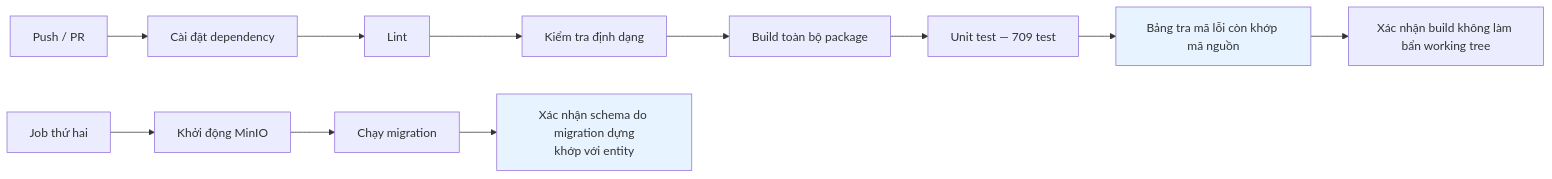
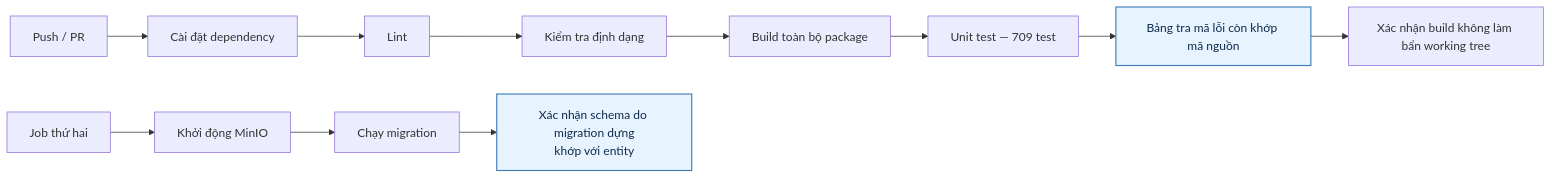
The first of 4 diagrams in docs/diagram/29-cicd.md (fdshn/trueheart), drawn with Mermaid before and after one commit. The commit also changed other lines of this file and 30 other files, not shown here.

First line of the commit message:
docs(diagram): chữ trong khối tô màu đọc được ở cả giao diện sáng và tối

````diff
--- a/docs/diagram/29-cicd.md
+++ b/docs/diagram/29-cicd.md
@@ -7,17 +7,17 @@
 ```mermaid
 flowchart LR
     A[Push / PR] --> B[Cài đặt dependency]
     B --> C[Lint]
     C --> D[Kiểm tra định dạng]
     D --> E[Build toàn bộ package]
     E --> F[Unit test — 709 test]
     F --> G["Bảng tra mã lỗi còn khớp mã nguồn"]
     G --> H["Xác nhận build không làm bẩn working tree"]
 
     I[Job thứ hai] --> J[Khởi động MinIO]
     J --> K[Chạy migration]
     K --> L["Xác nhận schema do migration dựng<br/>khớp với entity"]
 
-    style G fill:#e7f3ff
-    style L fill:#e7f3ff
+    style G fill:#e7f3ff,stroke:#3d7ab8,stroke-width:1.5px,color:#0d2a4a
+    style L fill:#e7f3ff,stroke:#3d7ab8,stroke-width:1.5px,color:#0d2a4a
 ```
````
